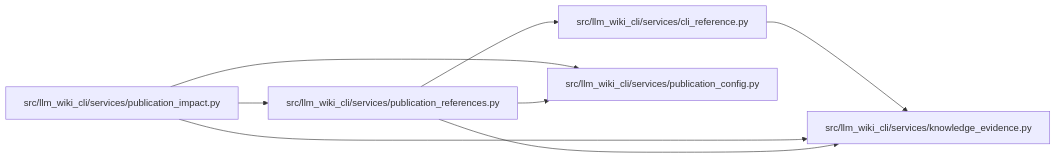
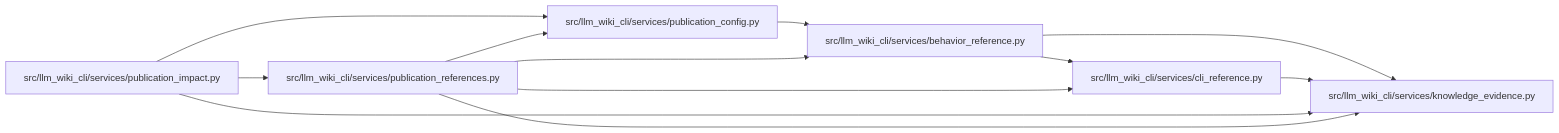
Before and after one commit to Denissvgn/python-wiki-llm: the diagram in docs/llm_wiki/modules/publication_references.md, drawn with Mermaid. The commit also changed other lines of this file and 303 other files, not shown here.

Commit message:
feat: expose installed behavior facts for sibling wiki review

````diff
--- a/docs/llm_wiki/modules/publication_references.md
+++ b/docs/llm_wiki/modules/publication_references.md
@@ -24,20 +25,26 @@
 ```mermaid
 flowchart LR
-    n0["src/llm_wiki_cli/services/cli_reference.py"]
-    n1["src/llm_wiki_cli/services/knowledge_evidence.py"]
-    n2["src/llm_wiki_cli/services/publication_config.py"]
-    n3["src/llm_wiki_cli/services/publication_impact.py"]
-    n4["src/llm_wiki_cli/services/publication_references.py"]
+    n0["src/llm_wiki_cli/services/behavior_reference.py"]
+    n1["src/llm_wiki_cli/services/cli_reference.py"]
+    n2["src/llm_wiki_cli/services/knowledge_evidence.py"]
+    n3["src/llm_wiki_cli/services/publication_config.py"]
+    n4["src/llm_wiki_cli/services/publication_impact.py"]
+    n5["src/llm_wiki_cli/services/publication_references.py"]
     n0 --> n1
-    n3 --> n1
-    n3 --> n2
-    n3 --> n4
-    n4 --> n0
-    n4 --> n1
+    n0 --> n2
+    n1 --> n2
+    n3 --> n0
     n4 --> n2
-    click n0 "../modules/cli_reference.md"
-    click n1 "../modules/knowledge_evidence.md"
-    click n2 "../modules/publication_config.md"
-    click n3 "../modules/publication_impact.md"
-    click n4 "../modules/publication_references.md"
+    n4 --> n3
+    n4 --> n5
+    n5 --> n0
+    n5 --> n1
+    n5 --> n2
+    n5 --> n3
+    click n0 "../modules/behavior_reference.md"
+    click n1 "../modules/cli_reference.md"
+    click n2 "../modules/knowledge_evidence.md"
+    click n3 "../modules/publication_config.md"
+    click n4 "../modules/publication_impact.md"
+    click n5 "../modules/publication_references.md"
 ```
````
